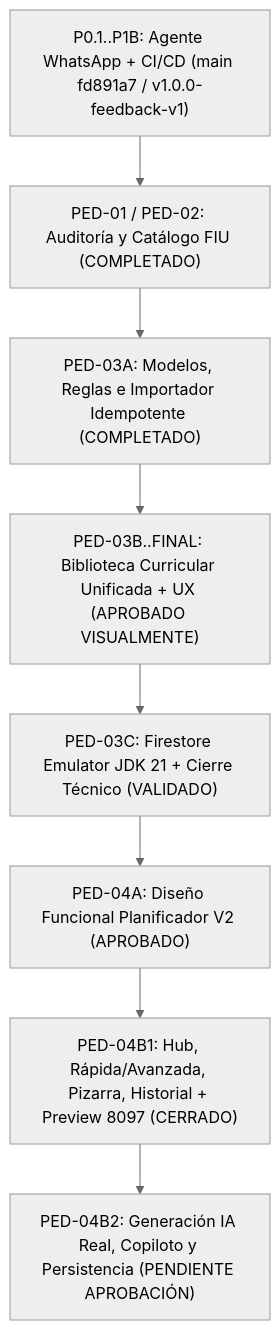
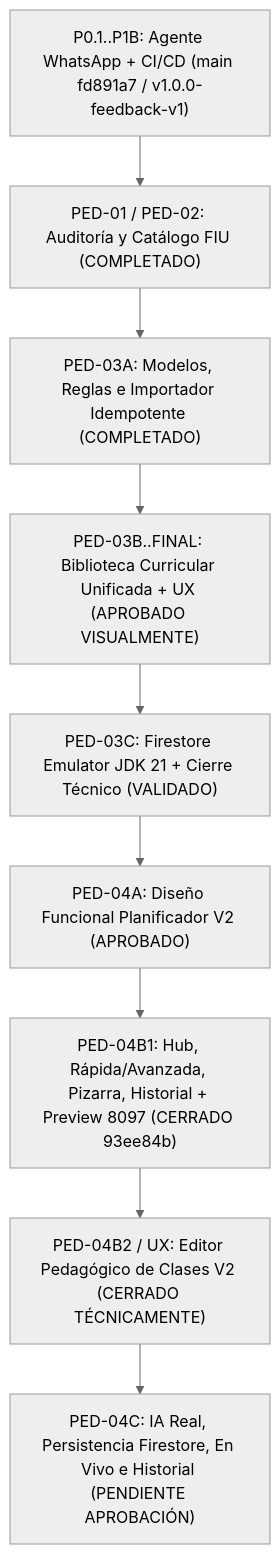
The third of 3 diagrams in CURRENT-STATE.md (jumpercusco-ux/ginga-app), drawn with Mermaid (neutral theme) before and after one commit. The commit also changed other lines of this file and 15 other files, not shown here.

Commit message:
feat(planificador): implementar y cerrar editor pedagógico V2 (PED-04B2 / PED-04B2-UX)

````diff
--- a/CURRENT-STATE.md
+++ b/CURRENT-STATE.md
@@ -452,10 +452,11 @@
 ```mermaid
 flowchart TD
     P01["P0.1..P1B: Agente WhatsApp + CI/CD (main fd891a7 / v1.0.0-feedback-v1)"] --> PED01["PED-01 / PED-02: Auditoría y Catálogo FIU (COMPLETADO)"]
     PED01 --> PED03A["PED-03A: Modelos, Reglas e Importador Idempotente (COMPLETADO)"]
     PED03A --> PED03B["PED-03B..FINAL: Biblioteca Curricular Unificada + UX (APROBADO VISUALMENTE)"]
     PED03B --> PED03C["PED-03C: Firestore Emulator JDK 21 + Cierre Técnico (VALIDADO)"]
     PED03C --> PED04A["PED-04A: Diseño Funcional Planificador V2 (APROBADO)"]
-    PED04A --> PED04B1["PED-04B1: Hub, Rápida/Avanzada, Pizarra, Historial + Preview 8097 (CERRADO)"]
-    PED04B1 --> PED04B2["PED-04B2: Generación IA Real, Copiloto y Persistencia (PENDIENTE APROBACIÓN)"]
+    PED04A --> PED04B1["PED-04B1: Hub, Rápida/Avanzada, Pizarra, Historial + Preview 8097 (CERRADO 93ee84b)"]
+    PED04B1 --> PED04B2["PED-04B2 / UX: Editor Pedagógico de Clases V2 (CERRADO TÉCNICAMENTE)"]
+    PED04B2 --> PED04C["PED-04C: IA Real, Persistencia Firestore, En Vivo e Historial (PENDIENTE APROBACIÓN)"]
 ```
````
